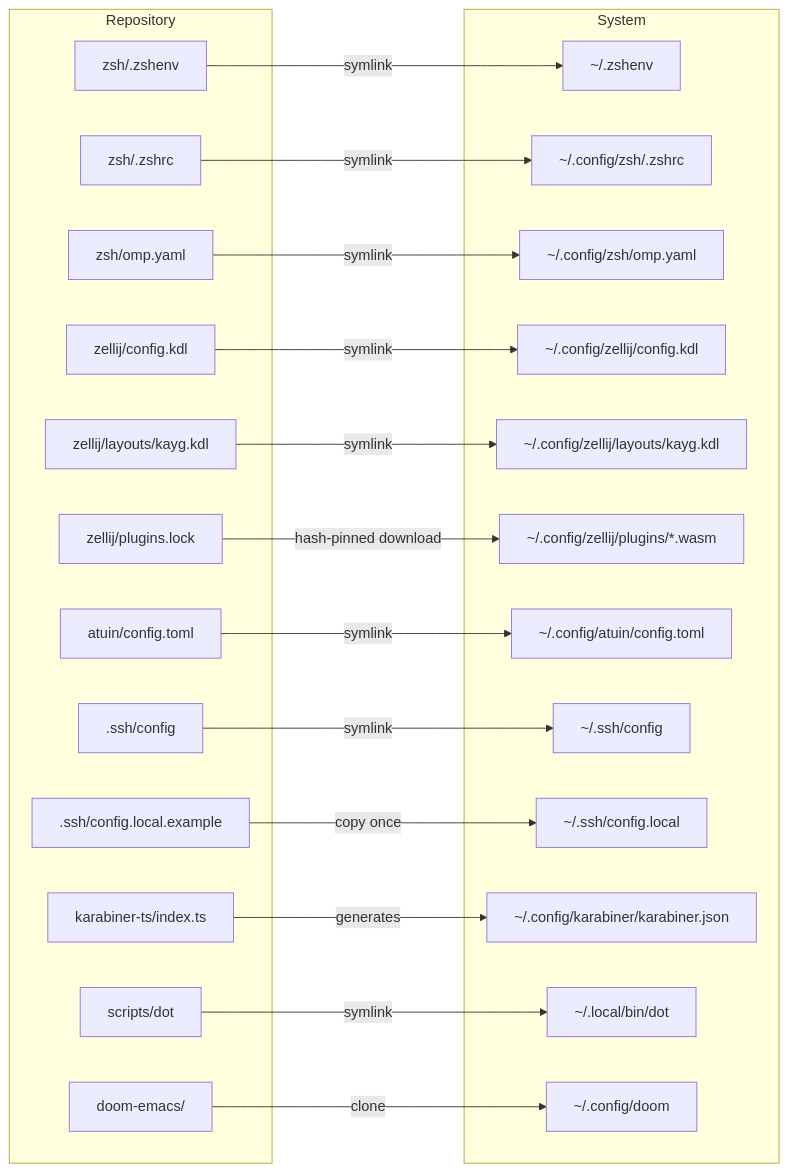
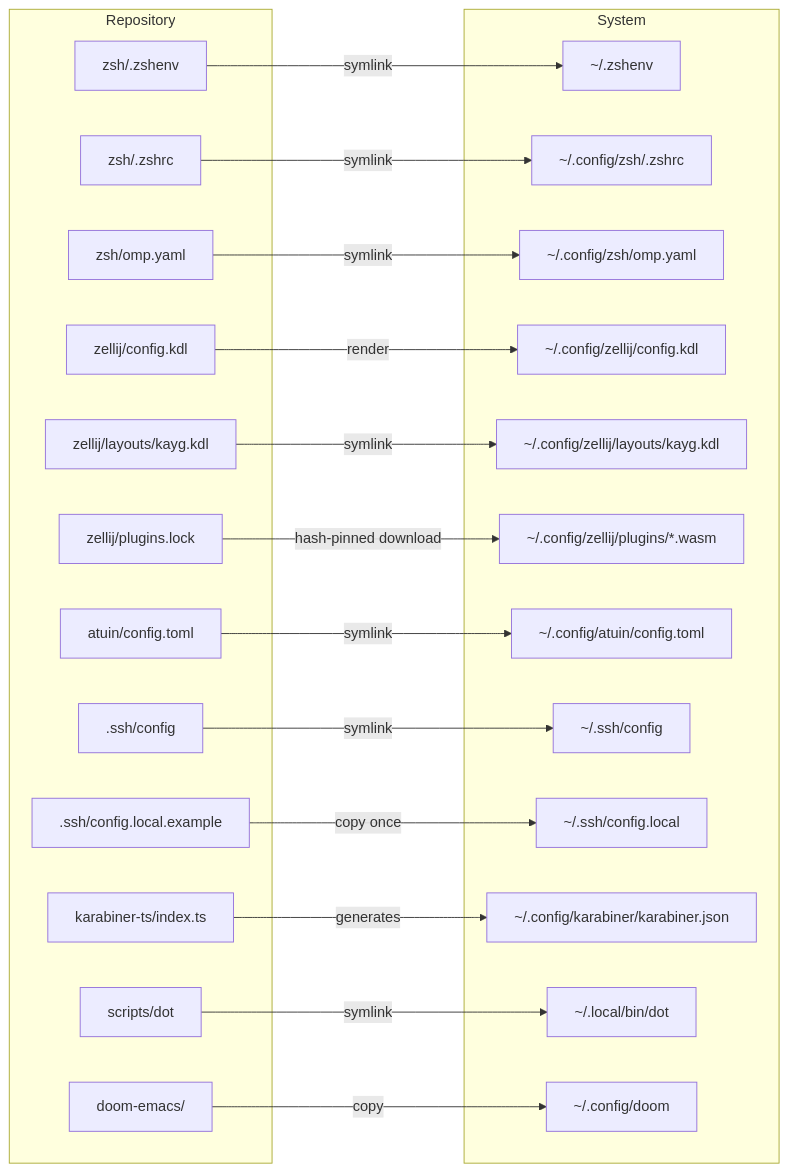
One commit to kaygdotorg/dotfiles changed the diagram in README.md. Above: the diagram before and after it, drawn with Mermaid. The commit also changed other lines of this file and 37 other files, not shown here.

````diff
--- a/README.md
+++ b/README.md
@@ -125,45 +165,45 @@
 ```mermaid
 graph LR
     subgraph Repository
         A["zsh/.zshenv"]
         B["zsh/.zshrc"]
         C["zsh/omp.yaml"]
         D["zellij/config.kdl"]
         D2["zellij/layouts/kayg.kdl"]
         D3["zellij/plugins.lock"]
         E["atuin/config.toml"]
         F[".ssh/config"]
         F2[".ssh/config.local.example"]
         G["karabiner-ts/index.ts"]
         H["scripts/dot"]
         X["doom-emacs/"]
     end
 
     subgraph System
         A1["~/.zshenv"]
         B1["~/.config/zsh/.zshrc"]
         C1["~/.config/zsh/omp.yaml"]
         D1["~/.config/zellij/config.kdl"]
         D21["~/.config/zellij/layouts/kayg.kdl"]
         D31["~/.config/zellij/plugins/*.wasm"]
         E1["~/.config/atuin/config.toml"]
         F1["~/.ssh/config"]
         F21["~/.ssh/config.local"]
         G1["~/.config/karabiner/karabiner.json"]
         H1["~/.local/bin/dot"]
         X1["~/.config/doom"]
     end
 
     A -->|symlink| A1
     B -->|symlink| B1
     C -->|symlink| C1
-    D -->|symlink| D1
+    D -->|render| D1
     D2 -->|symlink| D21
     D3 -->|hash-pinned download| D31
     E -->|symlink| E1
     F -->|symlink| F1
     F2 -->|copy once| F21
     G -->|generates| G1
     H -->|symlink| H1
-    X -->|clone| X1
+    X -->|copy| X1
 ```
````
